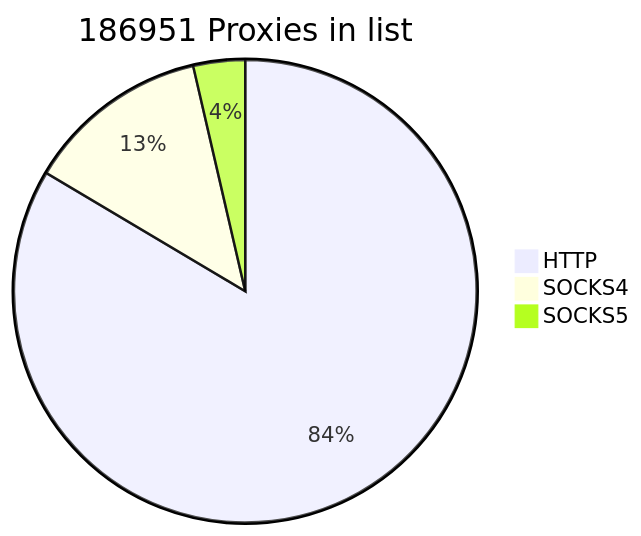
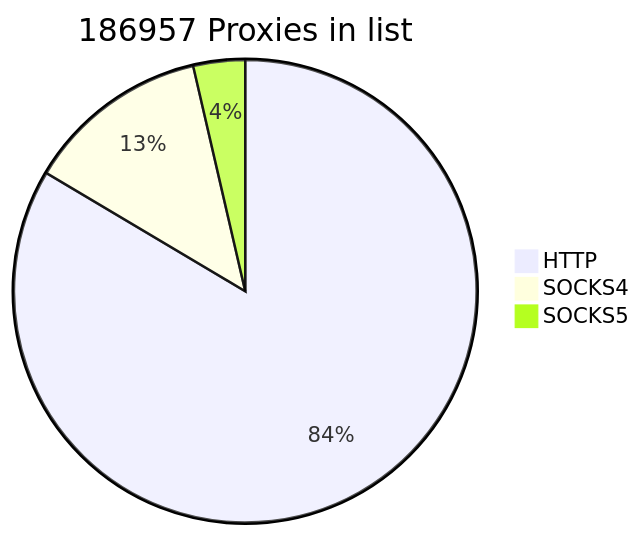
One commit to cutipu/proxylist changed the first of 2 diagrams in README.md. Above: the diagram before and after it, drawn with Mermaid. The commit also changed other lines of this file, not shown here.

````diff
--- a/README.md
+++ b/README.md
@@ -2,7 +2,7 @@
 ```mermaid
-pie title 186951 Proxies in list
-    "HTTP" : 156174
-    "SOCKS4" : 24016
-    "SOCKS5" : 6761
+pie title 186957 Proxies in list
+    "HTTP" : 156180
+    "SOCKS4" : 24015
+    "SOCKS5" : 6762
             
 ```
````
